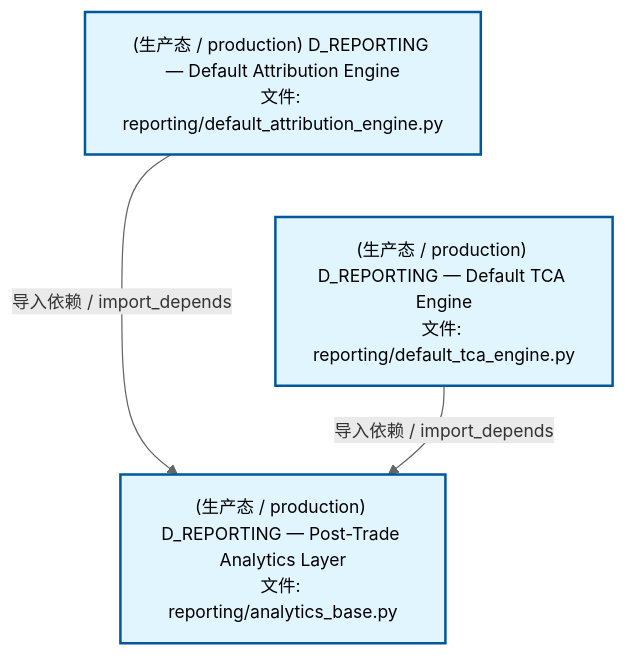
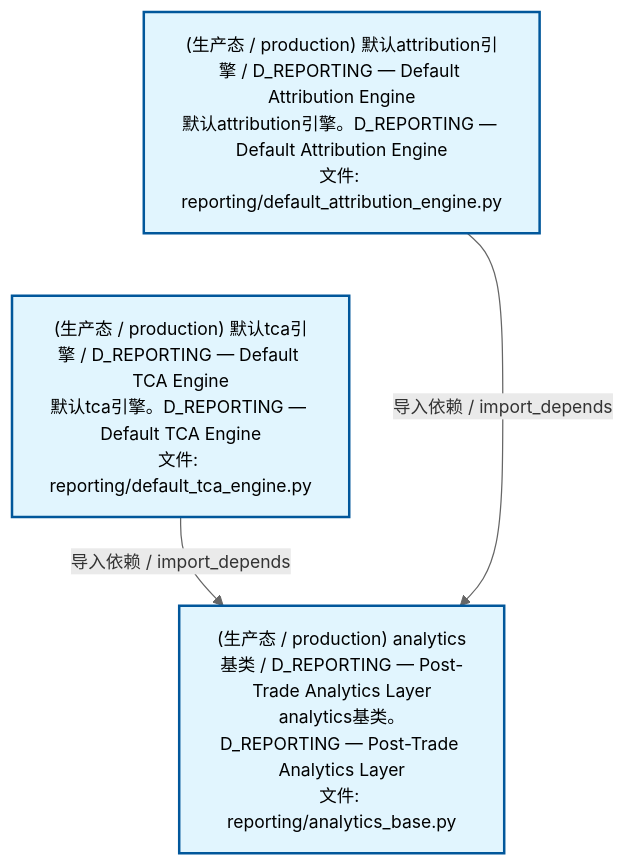
One commit to xuanFelixVan/ZephyrAlpha changed the second of 4 diagrams in docs/02_enterprise_architecture/02_domain_architecture_docs/26_d_reporting.md. Above: the diagram before and after it, drawn with Mermaid. The commit also changed other lines of this file and 60 other files, not shown here.

````diff
--- a/docs/02_enterprise_architecture/02_domain_architecture_docs/26_d_reporting.md
+++ b/docs/02_enterprise_architecture/02_domain_architecture_docs/26_d_reporting.md
@@ -117,15 +117,15 @@
 ```mermaid
 %%{init: {'theme': 'base', 'themeVariables': {'primaryColor': '#eaeaea', 'primaryTextColor': '#333333', 'primaryBorderColor': '#666666', 'lineColor': '#666666', 'secondaryColor': '#eaeaea', 'tertiaryColor': '#eaeaea', 'fontSize': '14px'}}}%%
 flowchart TD
-    src_zephyr_reporting_default_attribution_engine_py["(生产态 / production) D_REPORTING — Default Attribution Engine<br/>文件: reporting/default_attribution_engine.py"]
-    src_zephyr_reporting_default_tca_engine_py["(生产态 / production) D_REPORTING — Default TCA Engine<br/>文件: reporting/default_tca_engine.py"]
+    src_zephyr_reporting_default_attribution_engine_py["(生产态 / production) 默认attribution引擎 / D_REPORTING — Default Attribution Engine<br/>默认attribution引擎。D_REPORTING — Default Attribution Engine<br/>文件: reporting/default_attribution_engine.py"]
+    src_zephyr_reporting_default_tca_engine_py["(生产态 / production) 默认tca引擎 / D_REPORTING — Default TCA Engine<br/>默认tca引擎。D_REPORTING — Default TCA Engine<br/>文件: reporting/default_tca_engine.py"]
     src_zephyr_reporting_default_attribution_engine_py ~~~ src_zephyr_reporting_default_tca_engine_py
-    src_zephyr_reporting_analytics_base_py["(生产态 / production) D_REPORTING — Post-Trade Analytics Layer<br/>文件: reporting/analytics_base.py"]
+    src_zephyr_reporting_analytics_base_py["(生产态 / production) analytics基类 / D_REPORTING — Post-Trade Analytics Layer<br/>analytics基类。D_REPORTING — Post-Trade Analytics Layer<br/>文件: reporting/analytics_base.py"]
+    src_zephyr_reporting_default_tca_engine_py -->|导入依赖 / import_depends| src_zephyr_reporting_analytics_base_py
     src_zephyr_reporting_default_attribution_engine_py -->|导入依赖 / import_depends| src_zephyr_reporting_analytics_base_py
-    src_zephyr_reporting_default_tca_engine_py -->|导入依赖 / import_depends| src_zephyr_reporting_analytics_base_py
     classDef production fill:#e1f5fe,stroke:#01579b,stroke-width:2px,color:#000
     classDef design fill:#fff3e0,stroke:#e65100,stroke-width:2px,color:#000,stroke-dasharray: 5 5
     classDef external_prod fill:#e8f4fd,stroke:#0277bd,stroke-width:1px,color:#000
     classDef external_design fill:#fff8e7,stroke:#ef6c00,stroke-width:1px,color:#000,stroke-dasharray: 5 5
     class src_zephyr_reporting_analytics_base_py,src_zephyr_reporting_default_attribution_engine_py,src_zephyr_reporting_default_tca_engine_py production
 ```
````
